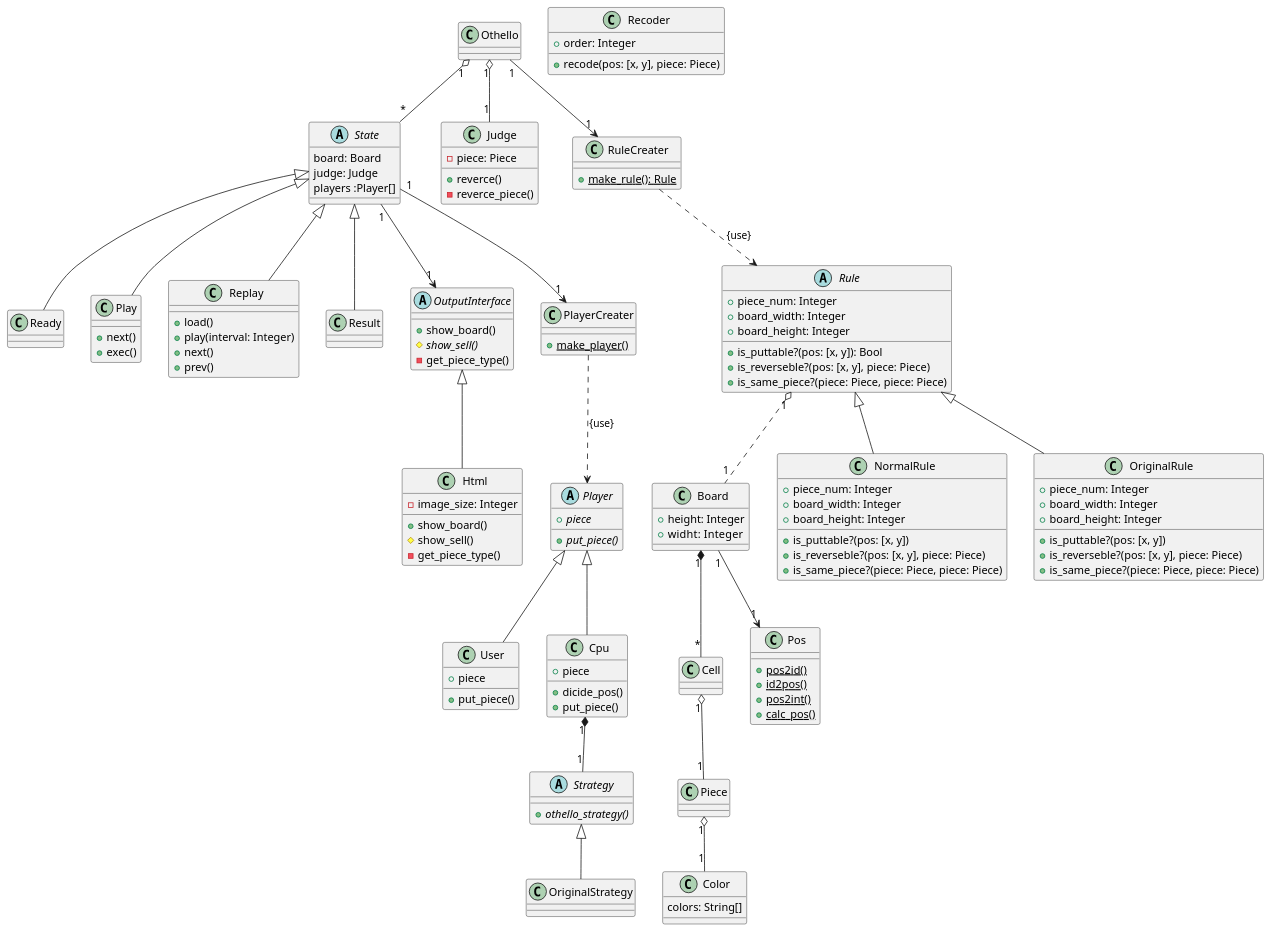
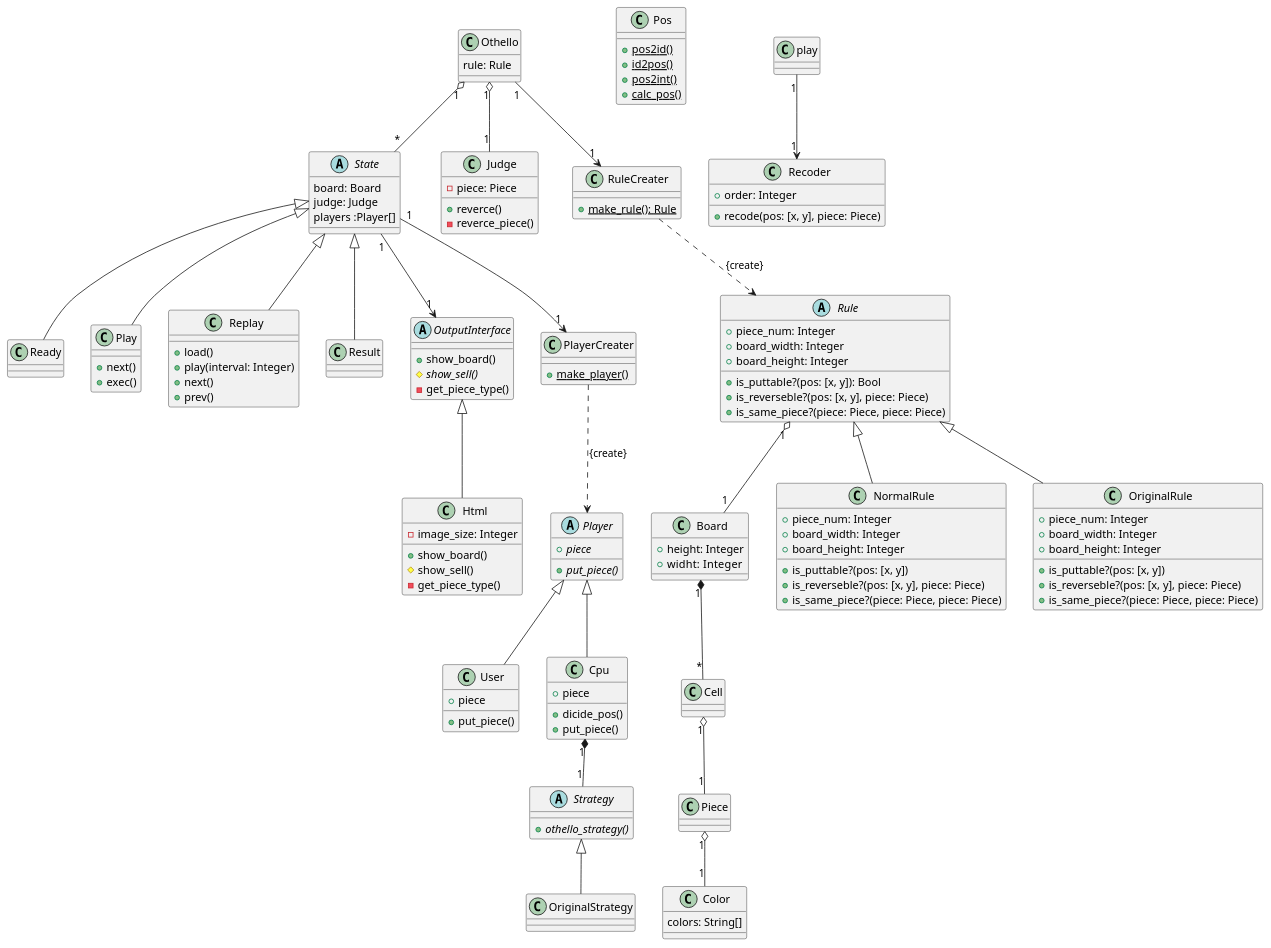
Before and after one commit to MaxMEllon/AppBox: the diagram in uml/othello.pu, drawn with PlantUML. The commit also changed 1 other file, not shown here.

Commit message:
edit: uml

```diff
--- a/uml/othello.pu
+++ b/uml/othello.pu
@@ -1,182 +1,183 @@
 @startuml{othello.png}
 
 class Othello {
+  rule: Rule
 }
 
 abstract State {
   board: Board
   judge: Judge
   players :Player[]
 }
 
 class Board {
   +height: Integer
   +widht:  Integer
 }
 
 class Cell {
 }
 
 class Piece {
 }
 
 class Piece {
 }
 
 class Color {
   colors: String[]
 }
 
 class Pos {
   +{static} pos2id()
   +{static} id2pos()
   +{static} pos2int()
   +{static} calc_pos()
 }
 
 class Ready {
 }
 
 class Play {
   +next()
   +exec()
 }
 
 class Replay {
   +load()
   +play(interval: Integer)
   +next()
   +prev()
 }
 
 class Result {
 }
 
 ' Outputinterface {{{
 abstract OutputInterface {
   +show_board()
   #{abstract} show_sell()
   -get_piece_type()
 }
 
 class Html {
   -image_size: Integer
 
   +show_board()
   #show_sell()
   -get_piece_type()
 }
 ' }}}
 
 ' Player {{{
 abstract Player {
   +{abstract} piece
   +{abstract} put_piece()
 }
 
 class User {
   +piece
   +put_piece()
 }
 
 class Cpu {
   +piece
   +dicide_pos()
   +put_piece()
 }
 
 abstract Strategy {
   +{abstract} othello_strategy()
 }
 class OriginalStrategy {
 
 }
 
 class PlayerCreater {
   +{static} make_player()
 }
 ' }}}
 
 class Judge {
   -piece: Piece
   +reverce()
   -reverce_piece()
 }
 
 ' Rule {{{
 abstract Rule {
   +piece_num: Integer
   +board_width: Integer
   +board_height: Integer
 
   +is_puttable?(pos: [x, y]): Bool
   +is_reverseble?(pos: [x, y], piece: Piece)
   +is_same_piece?(piece: Piece, piece: Piece)
 }
 
 class NormalRule {
   +piece_num: Integer
   +board_width: Integer
   +board_height: Integer
 
   +is_puttable?(pos: [x, y])
   +is_reverseble?(pos: [x, y], piece: Piece)
   +is_same_piece?(piece: Piece, piece: Piece)
 }
 
 class OriginalRule {
   +piece_num: Integer
   +board_width: Integer
   +board_height: Integer
 
   +is_puttable?(pos: [x, y])
   +is_reverseble?(pos: [x, y], piece: Piece)
   +is_same_piece?(piece: Piece, piece: Piece)
 }
 
 class Recoder {
   +order: Integer
   +recode(pos: [x, y], piece: Piece)
 }
 
 class RuleCreater {
   +{static} make_rule(): Rule
 }
 
 ' }}}
 
 ' 関連 {{{
 Othello "1" o-- "*" State
 Othello "1" o-- "1" Judge
 Othello "1" --> "1" RuleCreater
 
 State <|-- Ready
 State <|-- Play
 State <|-- Replay
 State <|-- Result
-
 State "1" --> "1" PlayerCreater
 State "1" --> "1" OutputInterface
 
-Board "1" --> "1" Pos
+play "1" --> "1" Recoder
+
 Board "1" *-- "*" Cell
 
-RuleCreater ..> Rule : {use}
+RuleCreater ..> Rule : {create}
 Rule <|-- NormalRule
 Rule <|-- OriginalRule
-Rule "1" o.. "1" Board
+Rule "1" o-- "1" Board
 
-PlayerCreater ..> Player : {use}
+PlayerCreater ..> Player : {create}
 Player <|-- User
 Player <|-- Cpu
 
 Cpu "1" *-- "1" Strategy
 Strategy <|-- OriginalStrategy
 
 Cell  "1" o-- "1" Piece
 Piece "1" o-- "1" Color
 
 OutputInterface <|-- Html
 ' }}}
 
 @enduml
```
